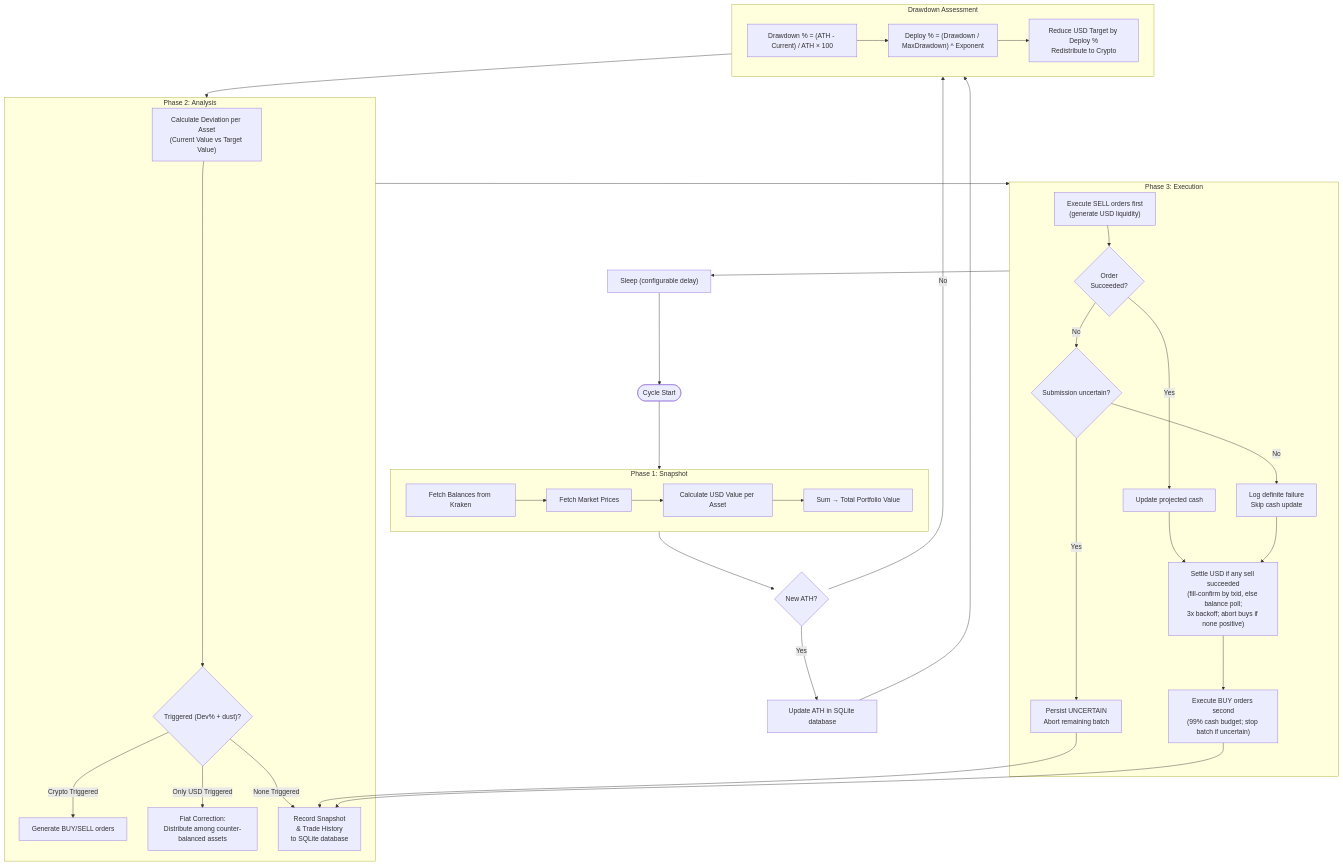
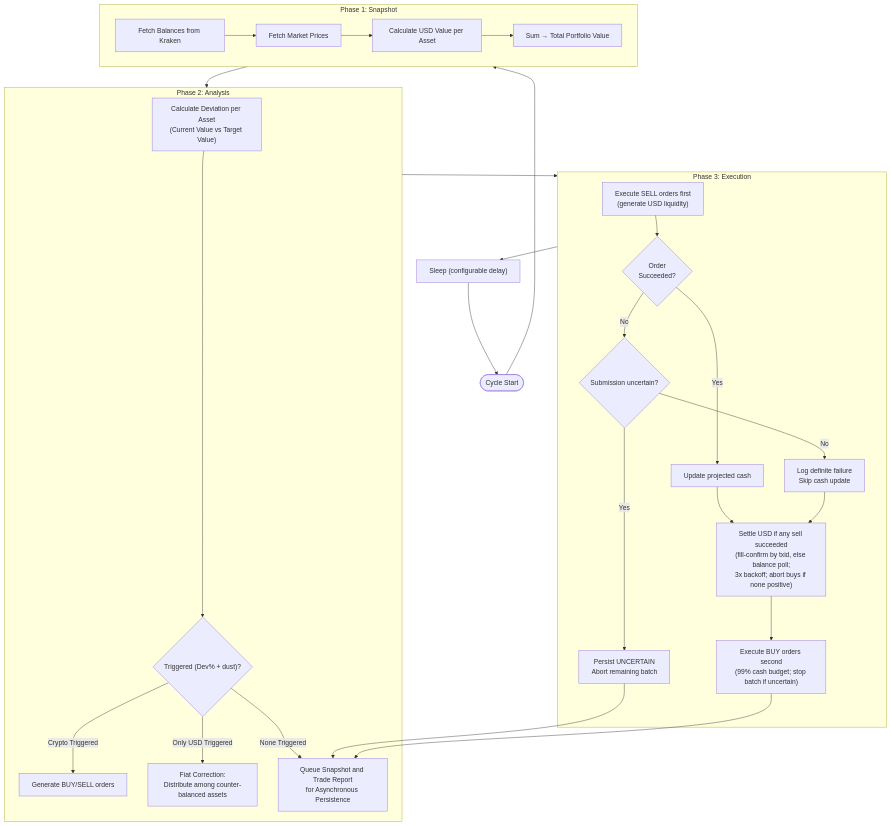
The diagram in docs/ALGORITHM.md (HyperVon/new-kraken-rebalancer), drawn with Mermaid before and after one commit. The commit also changed other lines of this file and 79 other files, not shown here.

````diff
--- a/docs/ALGORITHM.md
+++ b/docs/ALGORITHM.md
@@ -9,49 +15,38 @@
 ```mermaid
 flowchart TD
     START([Cycle Start]) --> SNAP
     
     subgraph SNAP["Phase 1: Snapshot"]
         S1[Fetch Balances from Kraken] --> S2[Fetch Market Prices]
         S2 --> S3["Calculate USD Value per Asset"]
         S3 --> S4["Sum → Total Portfolio Value"]
     end
 
-    SNAP --> ATH{"New ATH?"}
-    ATH -- Yes --> SAVE_ATH["Update ATH in SQLite database"]
-    ATH -- No --> DD
-    SAVE_ATH --> DD
-
-    subgraph DD["Drawdown Assessment"]
-        DD1["Drawdown % = (ATH - Current) / ATH × 100"]
-        DD1 --> DD2["Deploy % = (Drawdown / MaxDrawdown) ^ Exponent"]
-        DD2 --> DD3["Reduce USD Target by Deploy %\nRedistribute to Crypto"]
-    end
-
-    DD --> ANALYSIS
+    SNAP --> ANALYSIS
 
     subgraph ANALYSIS["Phase 2: Analysis"]
         A1["Calculate Deviation per Asset\n(Current Value vs Target Value)"]
         A1 --> A2{"Triggered (Dev% + dust)?"}
         A2 -- "Crypto Triggered" --> A3["Generate BUY/SELL orders"]
         A2 -- "Only USD Triggered" --> A4["Fiat Correction:\nDistribute among counter-balanced assets"]
         A2 -- "None Triggered" --> E4
     end
 
     ANALYSIS --> EXEC
 
     subgraph EXEC["Phase 3: Execution"]
         E1["Execute SELL orders first\n(generate USD liquidity)"] --> E1R{"Order\nSucceeded?"}
         E1R -- Yes --> E1C["Update projected cash"]
         E1R -- No --> E1U{"Submission uncertain?"}
         E1U -- Yes --> E1A["Persist UNCERTAIN\nAbort remaining batch"]
         E1U -- No --> E1F["Log definite failure\nSkip cash update"]
         E1C --> E2
         E1F --> E2
         E1A --> E4
         E2["Settle USD if any sell succeeded\n(fill-confirm by txid, else balance poll;\n3x backoff; abort buys if none positive)"] --> E3["Execute BUY orders second\n(99% cash budget; stop batch if uncertain)"]
-        E3 --> E4["Record Snapshot\n& Trade History\nto SQLite database"]
+        E3 --> E4["Queue Snapshot and Trade Report\nfor Asynchronous Persistence"]
     end
 
     EXEC --> SLEEP["Sleep (configurable delay)"]
     SLEEP --> START
 ```
````
